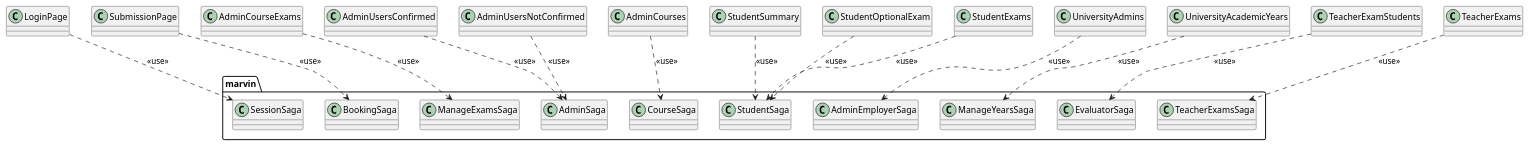
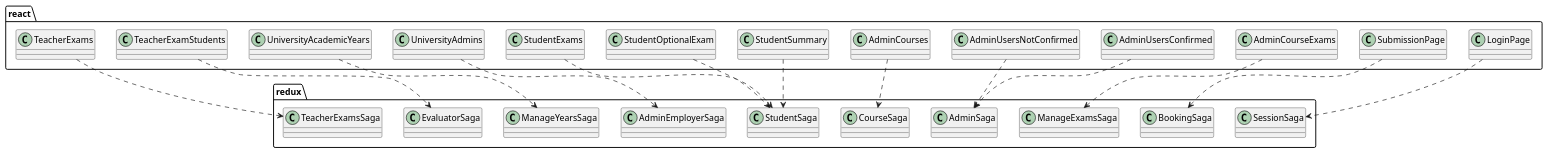
The diagram in marvin/react_redux.iuml (M9k/Marvin-Uml), drawn with PlantUML before and after one commit. The commit also changed 2 other files, not shown here.

```diff
--- a/marvin/react_redux.iuml
+++ b/marvin/react_redux.iuml
@@ -1,13 +1,17 @@
-LoginPage ..> marvin.SessionSaga: <<use>>
-SubmissionPage ..> marvin.BookingSaga: <<use>>
-AdminCourseExams ..> marvin.ManageExamsSaga: <<use>>
-AdminUsersConfirmed ..> marvin.AdminSaga: <<use>>
-AdminUsersNotConfirmed ..> marvin.AdminSaga: <<use>>
-AdminCourses ..> marvin.CourseSaga: <<use>>
-StudentSummary ..> marvin.StudentSaga: <<use>>
-StudentOptionalExam ..> marvin.StudentSaga: <<use>>
-StudentExams ..> marvin.StudentSaga: <<use>>
-UniversityAdmins ..> marvin.AdminEmployerSaga: <<use>>
-UniversityAcademicYears ..> marvin.ManageYearsSaga: <<use>>
-TeacherExamStudents ..> marvin.EvaluatorSaga: <<use>>
-TeacherExams ..> marvin.TeacherExamsSaga: <<use>>
+react.LoginPage ..> redux.SessionSaga
+react.SubmissionPage ..> redux.BookingSaga
+
+react.AdminCourseExams ..> redux.ManageExamsSaga
+react.AdminUsersConfirmed ..> redux.AdminSaga
+react.AdminUsersNotConfirmed ..> redux.AdminSaga
+react.AdminCourses ..> redux.CourseSaga
+
+react.StudentSummary ..> redux.StudentSaga
+react.StudentOptionalExam ..> redux.StudentSaga
+react.StudentExams ..> redux.StudentSaga
+
+react.UniversityAdmins ..> redux.AdminEmployerSaga
+react.UniversityAcademicYears ..> redux.ManageYearsSaga
+
+react.TeacherExamStudents ..> redux.EvaluatorSaga
+react.TeacherExams ..> redux.TeacherExamsSaga
```
